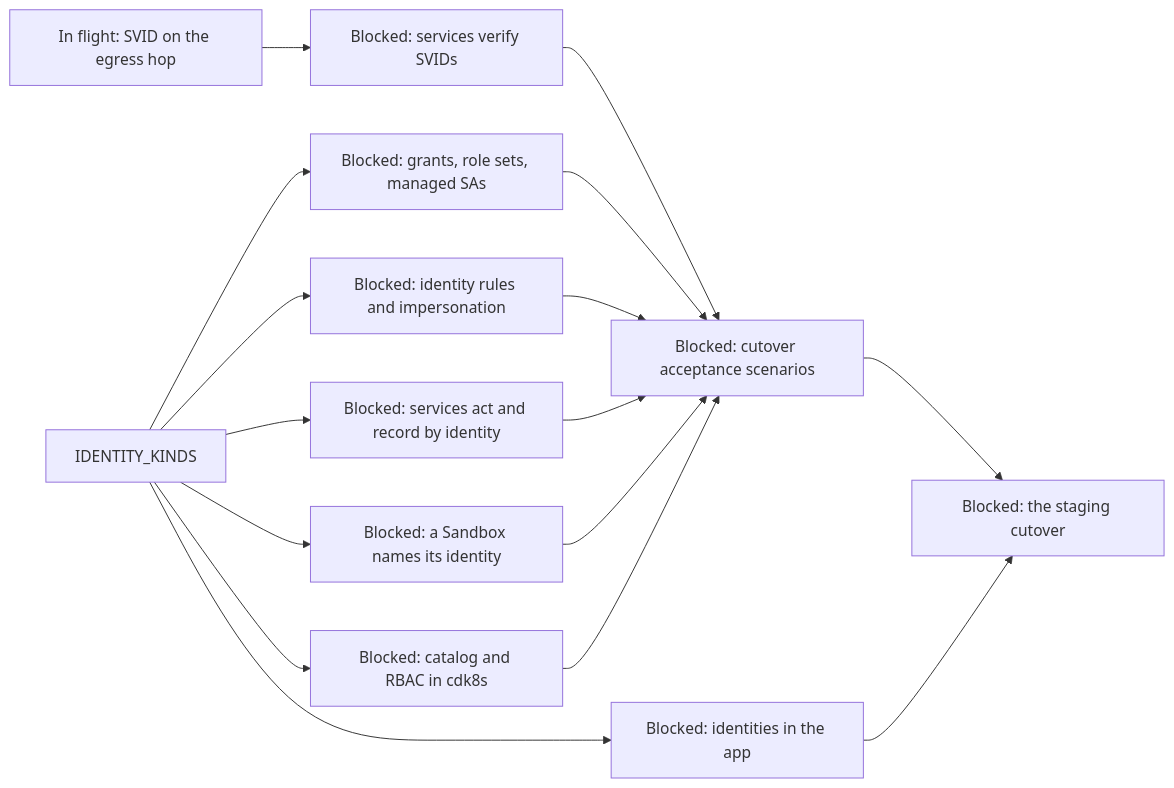
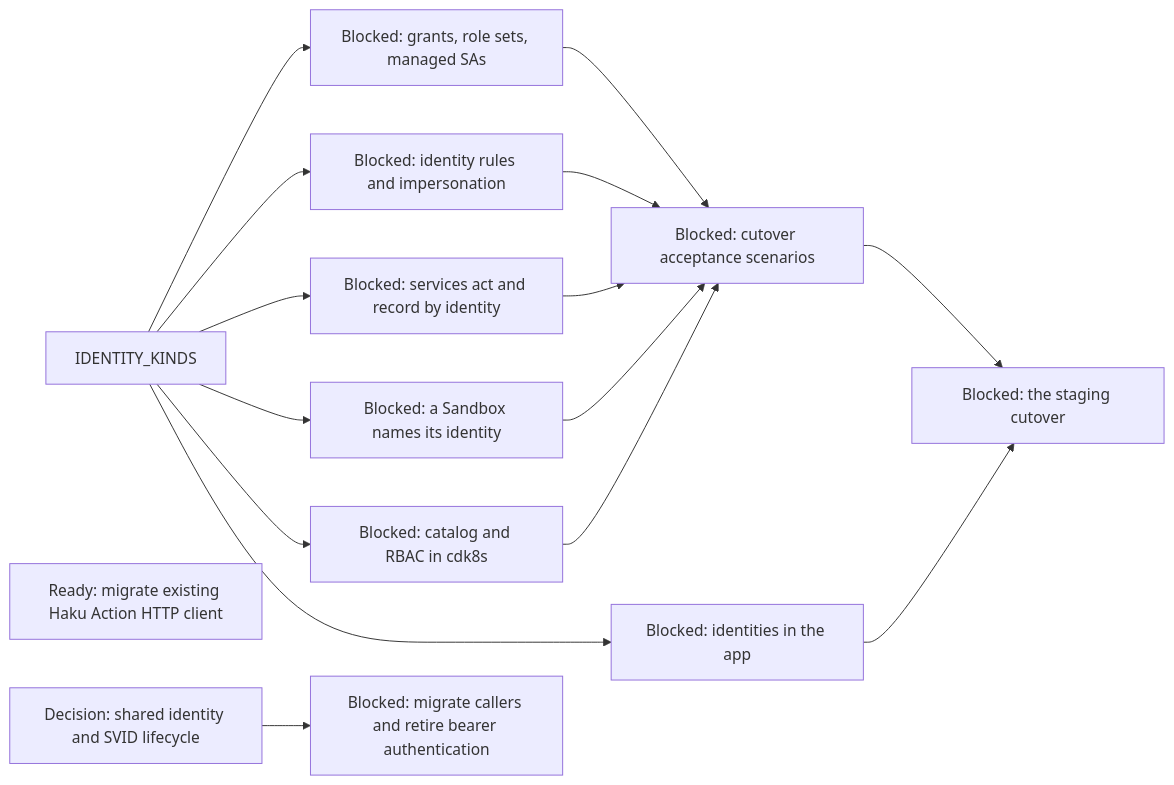
One commit to agentydragon/ducktape changed diagram 17 of 19 in agentplane/plans/task_dag.md. Above: the diagram before and after it, drawn with Mermaid. The commit also changed other lines of this file and 296 other files, not shown here.

First line of the commit message:
Authenticate Sandbox workloads with SVIDs on shared TLS listeners

````diff
--- a/agentplane/plans/task_dag.md
+++ b/agentplane/plans/task_dag.md
@@ -3022,19 +3027,18 @@
 ```mermaid
 flowchart LR
-    SVID_EGRESS_HOP[In flight: SVID on the egress hop]
     IDENTITY_KINDS --> POLICY_GRANTS[Blocked: grants, role sets, managed SAs]
     IDENTITY_KINDS --> EGRESS_IDENTITY_RULES[Blocked: identity rules and impersonation]
     IDENTITY_KINDS --> SERVICES_IDENTITY_PRINCIPAL[Blocked: services act and record by identity]
     IDENTITY_KINDS --> SANDBOX_IDENTITY_SPEC[Blocked: a Sandbox names its identity]
     IDENTITY_KINDS --> IDENTITY_CATALOG[Blocked: catalog and RBAC in cdk8s]
     IDENTITY_KINDS --> APP_IDENTITIES_UI[Blocked: identities in the app]
-    SVID_EGRESS_HOP --> SVID_PLATFORM_ROUTES[Blocked: services verify SVIDs]
-    SVID_PLATFORM_ROUTES --> IDENTITY_SYSTEM_TESTS[Blocked: cutover acceptance scenarios]
-    POLICY_GRANTS --> IDENTITY_SYSTEM_TESTS
+    HAKU_ACTION_NATIVE_CLIENT[Ready: migrate existing Haku Action HTTP client]
+    WORKLOAD_IDENTITY_LIFECYCLE_DESIGN[Decision: shared identity and SVID lifecycle] --> WORKLOAD_AUTH_CUTOVER[Blocked: migrate callers and retire bearer authentication]
+    POLICY_GRANTS --> IDENTITY_SYSTEM_TESTS[Blocked: cutover acceptance scenarios]
     EGRESS_IDENTITY_RULES --> IDENTITY_SYSTEM_TESTS
     SERVICES_IDENTITY_PRINCIPAL --> IDENTITY_SYSTEM_TESTS
     SANDBOX_IDENTITY_SPEC --> IDENTITY_SYSTEM_TESTS
     IDENTITY_CATALOG --> IDENTITY_SYSTEM_TESTS
     IDENTITY_SYSTEM_TESTS --> IDENTITY_CUTOVER[Blocked: the staging cutover]
     APP_IDENTITIES_UI --> IDENTITY_CUTOVER
 ```
````
